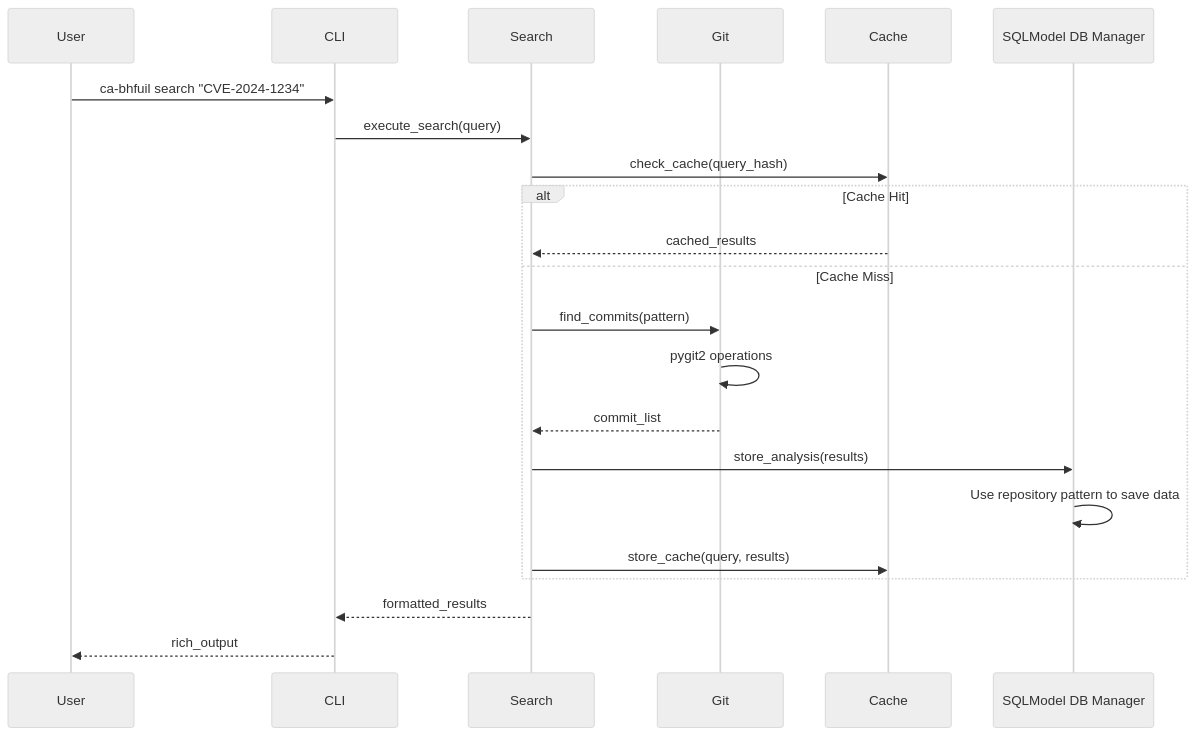
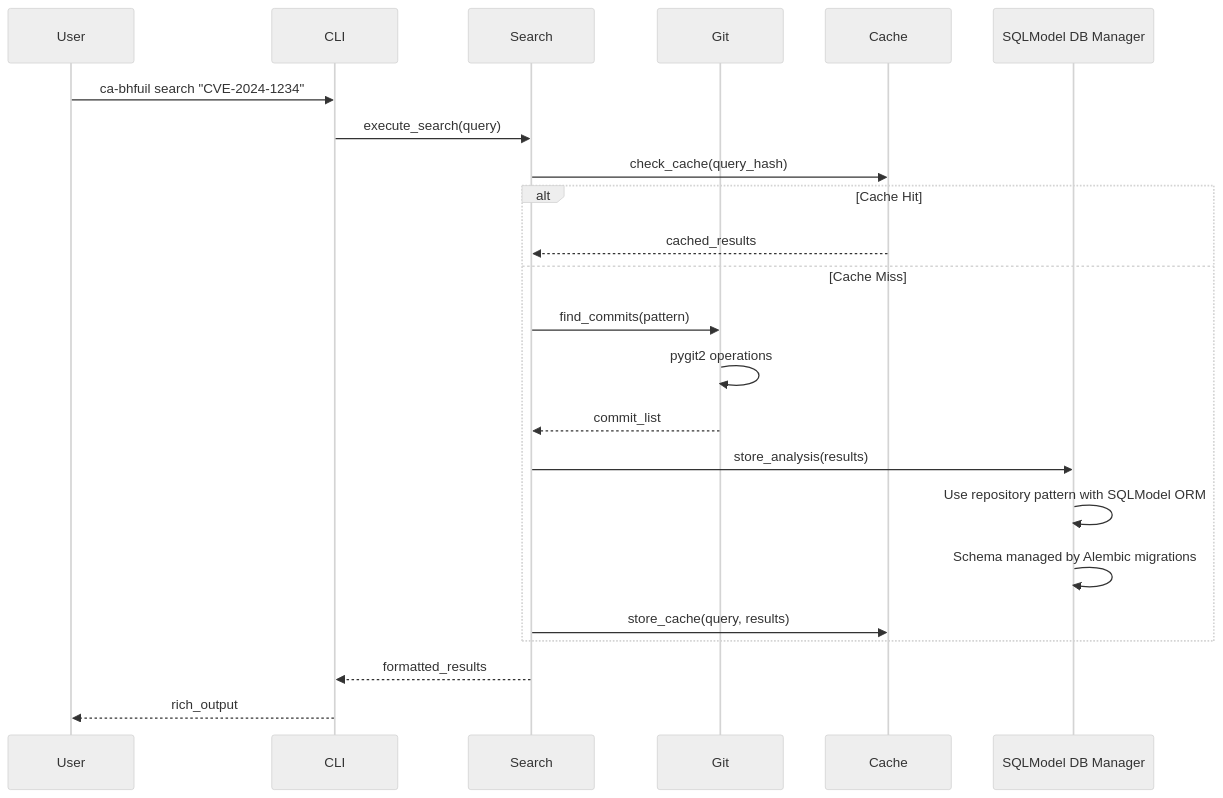
One commit to SeanMooney/ca-bhfuil changed the second of 3 diagrams in docs/contributor/design/architecture-overview.md. Above: the diagram before and after it, drawn with Mermaid (neutral theme). The commit also changed other lines of this file and 4 other files, not shown here.

First line of the commit message:
docs(design): Update design documents to reflect SQLModel and Alembic architecture

````diff
--- a/docs/contributor/design/architecture-overview.md
+++ b/docs/contributor/design/architecture-overview.md
@@ -187,25 +187,26 @@
 ```mermaid
 sequenceDiagram
     participant User
     participant CLI
     participant Search
     participant Git
     participant Cache
     participant DBManager as SQLModel DB Manager
 
     User->>CLI: ca-bhfuil search "CVE-2024-1234"
     CLI->>Search: execute_search(query)
     Search->>Cache: check_cache(query_hash)
     alt Cache Hit
         Cache-->>Search: cached_results
     else Cache Miss
         Search->>Git: find_commits(pattern)
         Git->>Git: pygit2 operations
         Git-->>Search: commit_list
         Search->>DBManager: store_analysis(results)
-        DBManager->>DBManager: Use repository pattern to save data
+        DBManager->>DBManager: Use repository pattern with SQLModel ORM
+        DBManager->>DBManager: Schema managed by Alembic migrations
         Search->>Cache: store_cache(query, results)
     end
     Search-->>CLI: formatted_results
     CLI-->>User: rich_output
 ```
````
